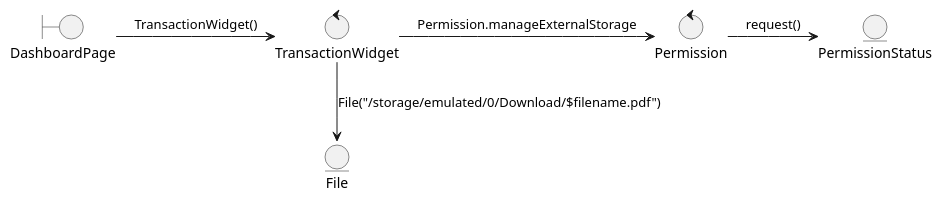
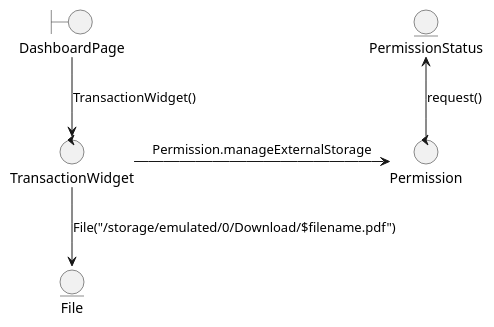
Before and after one commit to stnDinus/skpl_apbo_diagrams: the diagram in pdf_trx_history_colab.puml, drawn with PlantUML. The commit also changed 19 other files, not shown here.

Commit message:
fix: sequence, colab diagrams

```diff
--- a/pdf_trx_history_colab.puml
+++ b/pdf_trx_history_colab.puml
@@ -1,12 +1,12 @@
 @startuml
 boundary DashboardPage
 control TransactionWidget
 control Permission
 entity PermissionStatus
 entity File
 
-(DashboardPage) -> (TransactionWidget): TransactionWidget()
+(DashboardPage) --> (TransactionWidget): TransactionWidget()
 (TransactionWidget) -> (Permission): Permission.manageExternalStorage
-(Permission) -> (PermissionStatus): request()
+(Permission) -u-> (PermissionStatus): request()
 (TransactionWidget) --> (File): File("/storage/emulated/0/Download/$filename.pdf")
 @enduml
```
